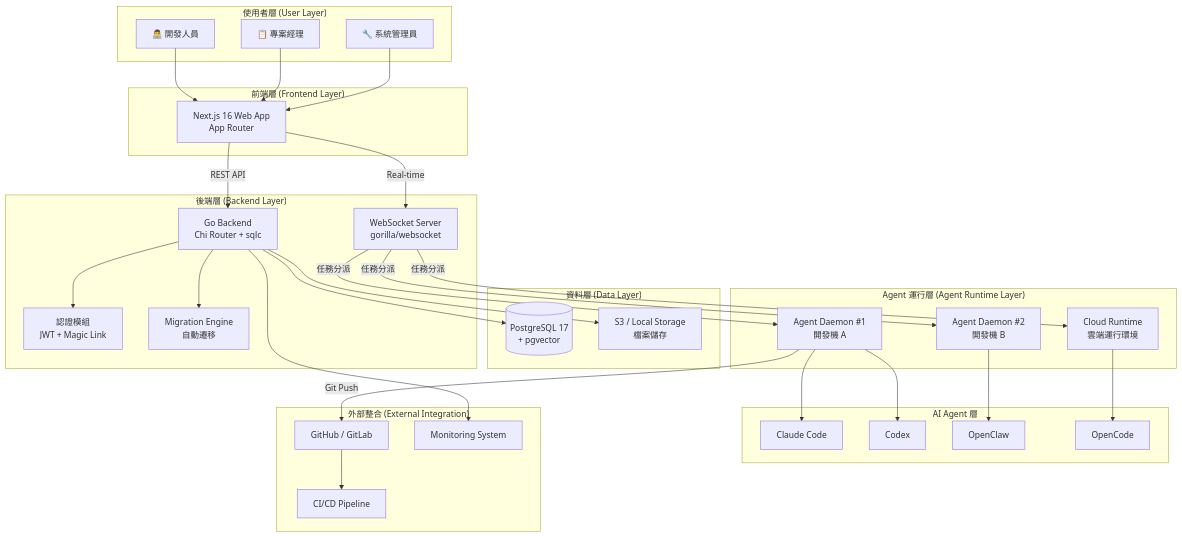
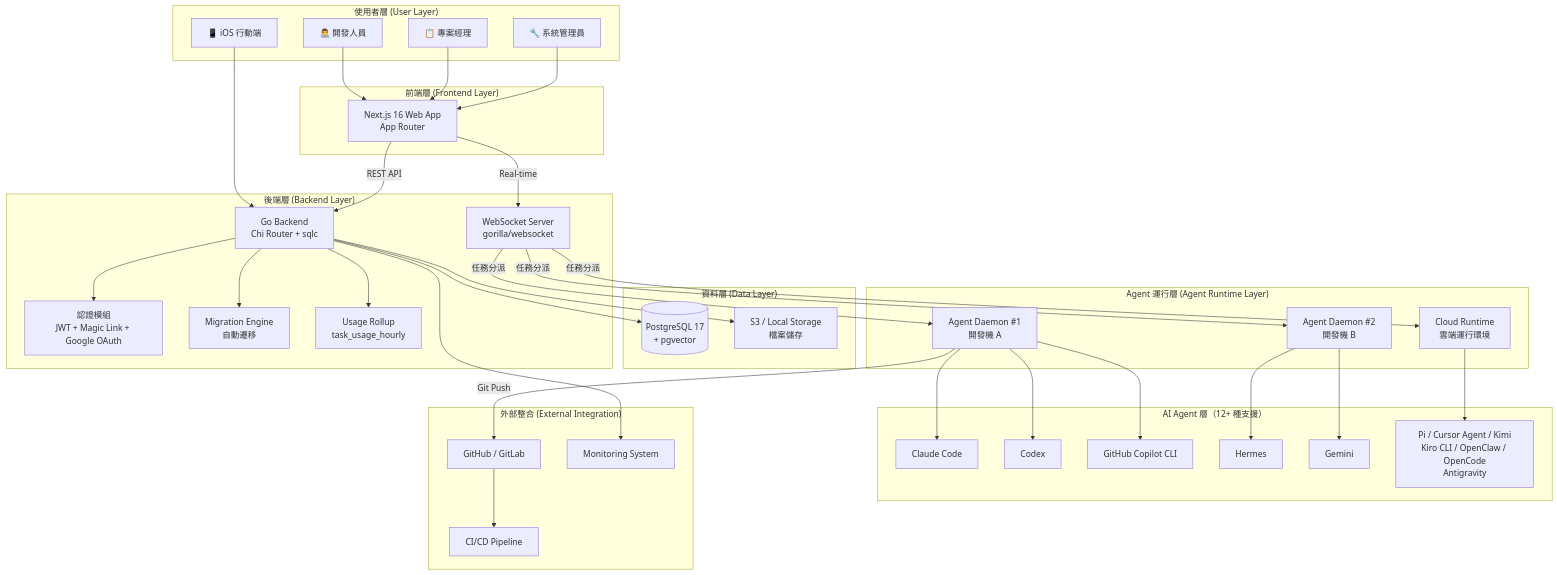
The first of 26 diagrams in content/posts/教學/AI開發/Multica 教學手冊.md (chihhung/Blog), drawn with Mermaid before and after one commit. The commit also changed other lines of this file and 12 other files, not shown here.

````diff
--- a/content/posts/教學/AI開發/Multica 教學手冊.md
+++ b/content/posts/教學/AI開發/Multica 教學手冊.md
@@ -208,68 +256,76 @@
 ```mermaid
 graph TB
     subgraph "使用者層 (User Layer)"
         DEV[👨‍💻 開發人員]
         PM[📋 專案經理]
         ADMIN[🔧 系統管理員]
+        MOBILE[📱 iOS 行動端]
     end
 
     subgraph "前端層 (Frontend Layer)"
         WEB[Next.js 16 Web App<br/>App Router]
     end
 
     subgraph "後端層 (Backend Layer)"
         API[Go Backend<br/>Chi Router + sqlc]
         WS[WebSocket Server<br/>gorilla/websocket]
-        AUTH[認證模組<br/>JWT + Magic Link]
+        AUTH[認證模組<br/>JWT + Magic Link + Google OAuth]
         MIGRATE[Migration Engine<br/>自動遷移]
+        ROLLUP[Usage Rollup<br/>task_usage_hourly]
     end
 
     subgraph "資料層 (Data Layer)"
         DB[(PostgreSQL 17<br/>+ pgvector)]
         S3[S3 / Local Storage<br/>檔案儲存]
     end
 
     subgraph "Agent 運行層 (Agent Runtime Layer)"
         DAEMON1[Agent Daemon #1<br/>開發機 A]
         DAEMON2[Agent Daemon #2<br/>開發機 B]
         CLOUD_RT[Cloud Runtime<br/>雲端運行環境]
     end
 
-    subgraph "AI Agent 層"
+    subgraph "AI Agent 層（12+ 種支援）"
         CLAUDE[Claude Code]
         CODEX[Codex]
-        OPENCLAW[OpenClaw]
-        OPENCODE[OpenCode]
+        COPILOT[GitHub Copilot CLI]
+        HERMES[Hermes]
+        GEMINI[Gemini]
+        OTHERS[Pi / Cursor Agent / Kimi<br/>Kiro CLI / OpenClaw / OpenCode<br/>Antigravity]
     end
 
     subgraph "外部整合 (External Integration)"
         GITHUB[GitHub / GitLab]
         CICD[CI/CD Pipeline]
         MONITOR[Monitoring System]
     end
 
     DEV --> WEB
     PM --> WEB
     ADMIN --> WEB
+    MOBILE --> API
 
     WEB -->|REST API| API
     WEB -->|Real-time| WS
 
     API --> AUTH
     API --> DB
     API --> S3
     API --> MIGRATE
+    API --> ROLLUP
 
     WS -->|任務分派| DAEMON1
     WS -->|任務分派| DAEMON2
     WS -->|任務分派| CLOUD_RT
 
     DAEMON1 --> CLAUDE
     DAEMON1 --> CODEX
-    DAEMON2 --> OPENCLAW
-    CLOUD_RT --> OPENCODE
+    DAEMON1 --> COPILOT
+    DAEMON2 --> HERMES
+    DAEMON2 --> GEMINI
+    CLOUD_RT --> OTHERS
 
     DAEMON1 -->|Git Push| GITHUB
     GITHUB --> CICD
     API --> MONITOR
 ```
````
